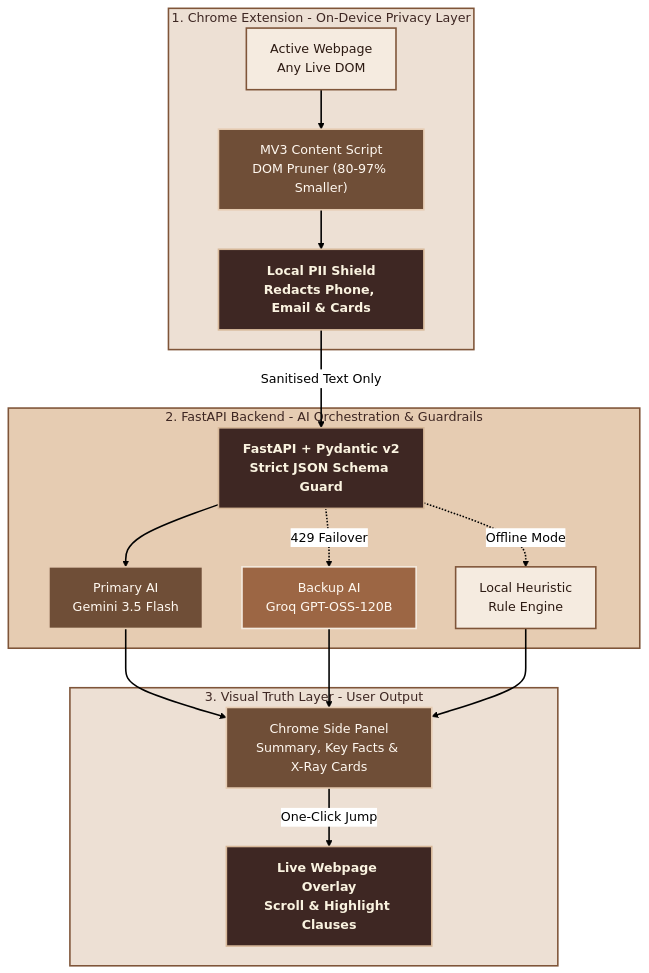
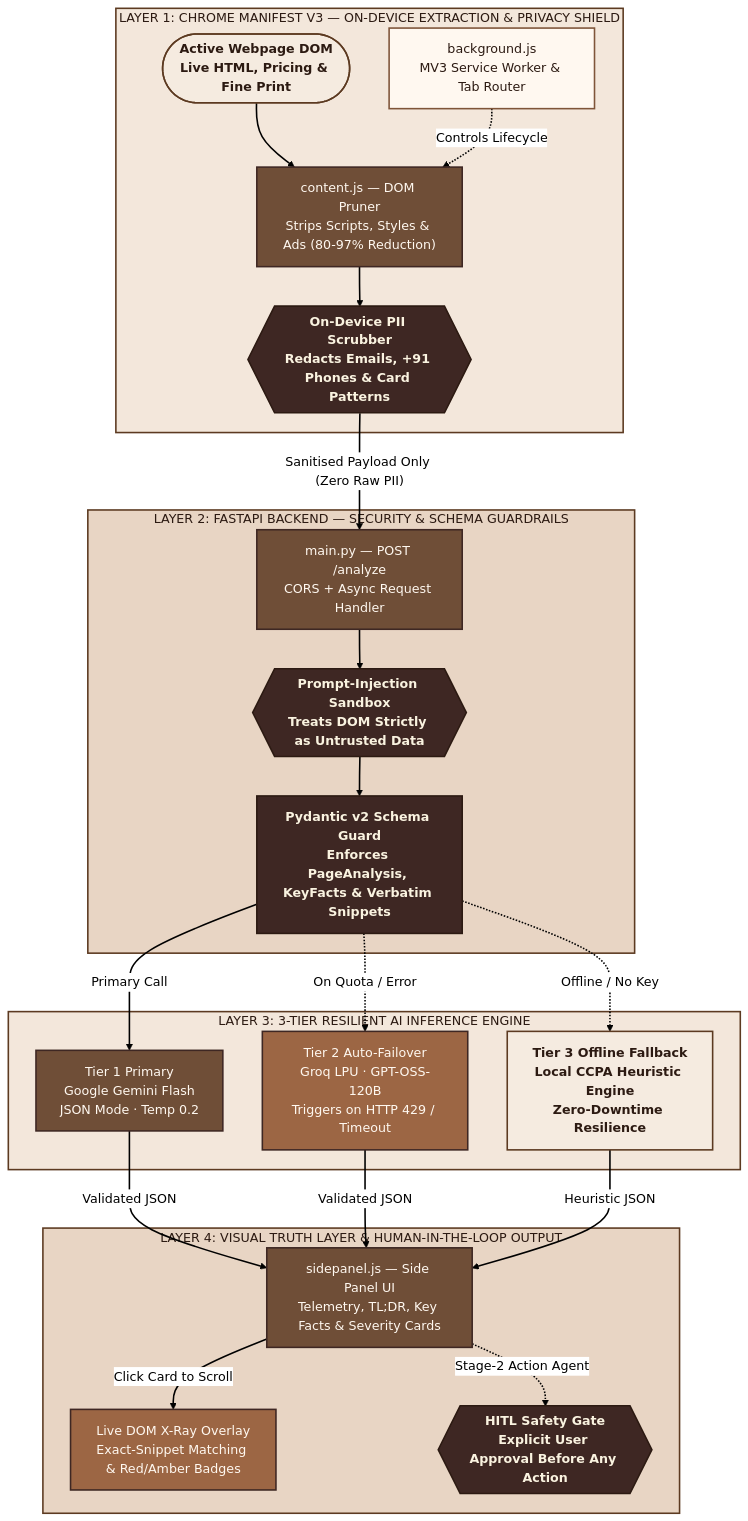
The diagram in README.md (samios07/GlassWeb), drawn with Mermaid (neutral theme) before and after one commit.

Commit message:
Upgrade architecture flowchart with 4-layer security and failover pipeline

````diff
--- a/README.md
+++ b/README.md
@@ -46,37 +46,54 @@
 ```mermaid
 flowchart TB
-    subgraph CLIENT["1. Chrome Extension - On-Device Privacy Layer"]
-        A["Active Webpage<br/>Any Live DOM"] --> B["MV3 Content Script<br/>DOM Pruner (80-97% Smaller)"]
-        B --> C["Local PII Shield<br/>Redacts Phone, Email & Cards"]
+    subgraph L1["LAYER 1: CHROME MANIFEST V3 — ON-DEVICE EXTRACTION & PRIVACY SHIELD"]
+        A(["Active Webpage DOM<br/>Live HTML, Pricing & Fine Print"]) --> B["content.js — DOM Pruner<br/>Strips Scripts, Styles & Ads (80-97% Reduction)"]
+        B --> C{{"On-Device PII Scrubber<br/>Redacts Emails, +91 Phones & Card Patterns"}}
+        SW["background.js<br/>MV3 Service Worker & Tab Router"] -.->|"Controls Lifecycle"| B
     end
 
-    subgraph SERVER["2. FastAPI Backend - AI Orchestration & Guardrails"]
-        D["FastAPI + Pydantic v2<br/>Strict JSON Schema Guard"] --> E["Primary AI<br/>Gemini 3.5 Flash"]
-        D -.->|"429 Failover"| F["Backup AI<br/>Groq GPT-OSS-120B"]
-        D -.->|"Offline Mode"| G["Local Heuristic<br/>Rule Engine"]
+    subgraph L2["LAYER 2: FASTAPI BACKEND — SECURITY & SCHEMA GUARDRAILS"]
+        D["main.py — POST /analyze<br/>CORS + Async Request Handler"] --> E{{"Prompt-Injection Sandbox<br/>Treats DOM Strictly as Untrusted Data"}}
+        E --> F["Pydantic v2 Schema Guard<br/>Enforces PageAnalysis, KeyFacts & Verbatim Snippets"]
     end
 
-    subgraph OUTPUT["3. Visual Truth Layer - User Output"]
-        H["Chrome Side Panel<br/>Summary, Key Facts & X-Ray Cards"] -->|"One-Click Jump"| I["Live Webpage Overlay<br/>Scroll & Highlight Clauses"]
+    subgraph L3["LAYER 3: 3-TIER RESILIENT AI INFERENCE ENGINE"]
+        G["Tier 1 Primary<br/>Google Gemini Flash<br/>JSON Mode · Temp 0.2"]
+        H["Tier 2 Auto-Failover<br/>Groq LPU · GPT-OSS-120B<br/>Triggers on HTTP 429 / Timeout"]
+        I["Tier 3 Offline Fallback<br/>Local CCPA Heuristic Engine<br/>Zero-Downtime Resilience"]
     end
 
-    C -->|"Sanitised Text Only"| D
-    E --> H
-    F --> H
-    G --> H
+    subgraph L4["LAYER 4: VISUAL TRUTH LAYER & HUMAN-IN-THE-LOOP OUTPUT"]
+        J["sidepanel.js — Side Panel UI<br/>Telemetry, TL;DR, Key Facts & Severity Cards"]
+        K["Live DOM X-Ray Overlay<br/>Exact-Snippet Matching & Red/Amber Badges"]
+        L{{"HITL Safety Gate<br/>Explicit User Approval Before Any Action"}}
+        J -->|"Click Card to Scroll"| K
+        J -.->|"Stage-2 Action Agent"| L
+    end
 
-    classDef espresso fill:#3E2723,stroke:#D7B899,stroke-width:2px,color:#FAF3E0,font-weight:bold
-    classDef mocha fill:#6F4E37,stroke:#E6CCB2,stroke-width:2px,color:#FFF8F0
-    classDef caramel fill:#9C6644,stroke:#F5EBE0,stroke-width:2px,color:#FFF8F0
-    classDef beige fill:#F5EBE0,stroke:#7F5539,stroke-width:2px,color:#2C1A12
+    C -->|"Sanitised Payload Only (Zero Raw PII)"| D
+    F -->|"Primary Call"| G
+    F -.->|"On Quota / Error"| H
+    F -.->|"Offline / No Key"| I
+    G -->|"Validated JSON"| J
+    H -->|"Validated JSON"| J
+    I -->|"Heuristic JSON"| J
 
-    class C,D,I espresso
-    class B,E,H mocha
-    class F caramel
-    class A,G beige
+    classDef espresso fill:#3E2723,stroke:#2C1A12,stroke-width:2px,color:#FAF3E0,font-weight:bold
+    classDef mocha fill:#6F4E37,stroke:#3E2723,stroke-width:2px,color:#FFF8F0
+    classDef caramel fill:#9C6644,stroke:#3E2723,stroke-width:2px,color:#FFF8F0
+    classDef beige fill:#F5EBE0,stroke:#5C3A21,stroke-width:2px,color:#2C1A12,font-weight:bold
+    classDef cream fill:#FFF8F0,stroke:#7F5539,stroke-width:2px,color:#2C1A12
 
-    style CLIENT fill:#EDE0D4,stroke:#7F5539,stroke-width:2px,color:#3E2723
-    style SERVER fill:#E6CCB2,stroke:#7F5539,stroke-width:2px,color:#3E2723
-    style OUTPUT fill:#EDE0D4,stroke:#7F5539,stroke-width:2px,color:#3E2723
+    class C,E,F,L espresso
+    class B,D,G,J mocha
+    class H,K caramel
+    class A,I beige
+    class SW cream
+
+    style L1 fill:#F3E7DB,stroke:#5C3A21,stroke-width:2px,color:#2C1A12
+    style L2 fill:#E8D5C4,stroke:#5C3A21,stroke-width:2px,color:#2C1A12
+    style L3 fill:#F3E7DB,stroke:#5C3A21,stroke-width:2px,color:#2C1A12
+    style L4 fill:#E8D5C4,stroke:#5C3A21,stroke-width:2px,color:#2C1A12
+
     linkStyle default stroke:#000000,stroke-width:2px
 ```
````
